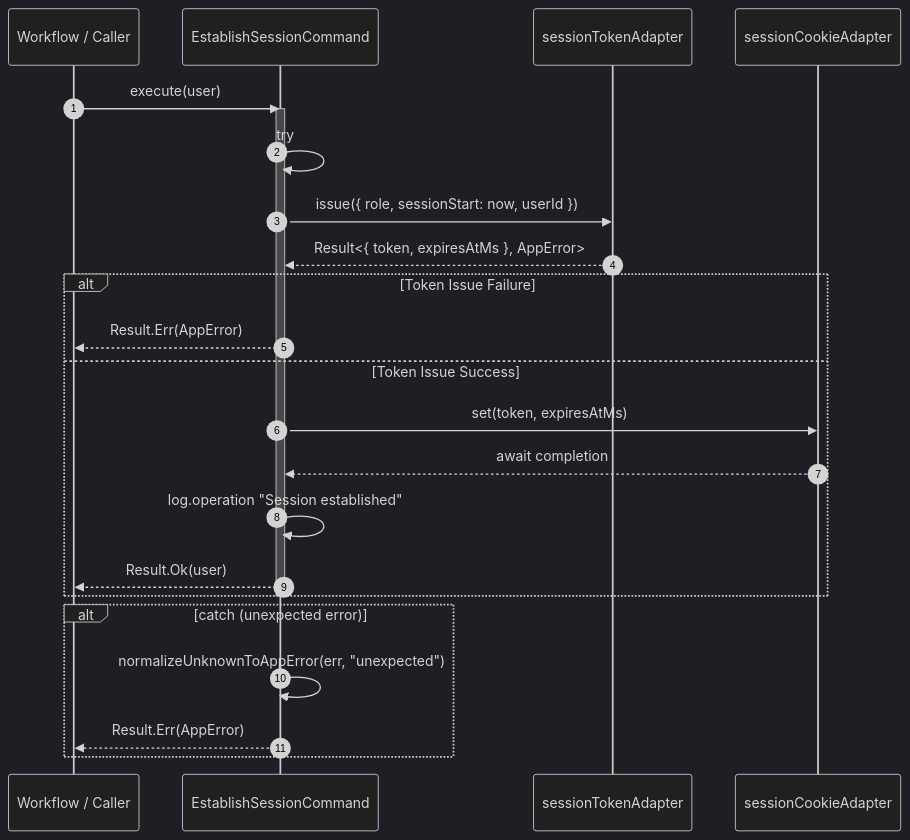
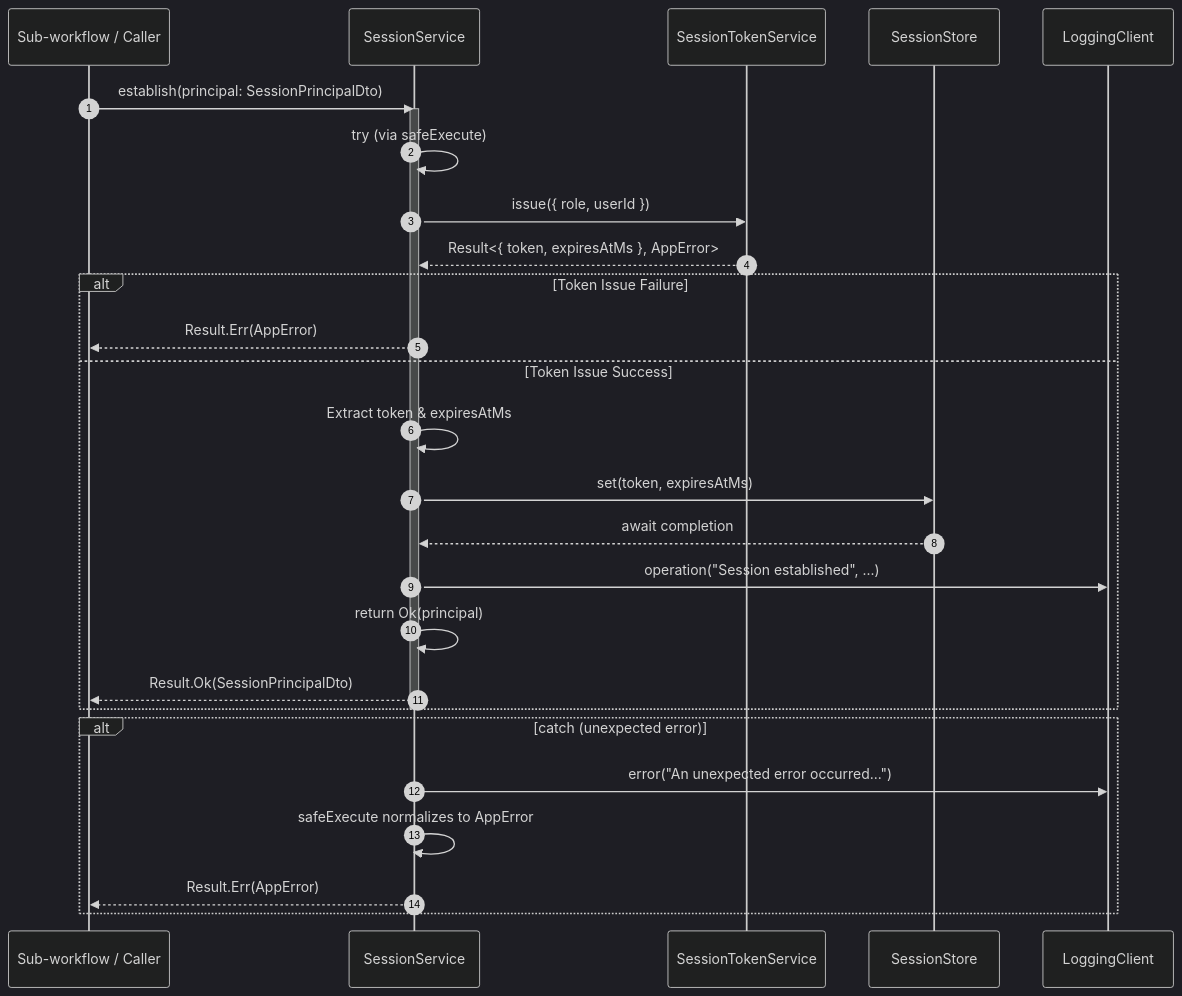
The fourth of 6 diagrams in src/modules/auth/notes/sequence-diagrams.md (andrewpetersondev/nextjs-dashboard), drawn with Mermaid (dark theme) before and after one commit. The commit also changed other lines of this file and 1 other file, not shown here.

Commit message:
docs: update flowcharts and sequence diagrams for login workflow and session establishment, enhancing clarity and anti-enumeration logic

````diff
--- a/src/modules/auth/notes/sequence-diagrams.md
+++ b/src/modules/auth/notes/sequence-diagrams.md
@@ -148,33 +157,37 @@
 ```mermaid
 sequenceDiagram
   autonumber
 
-  participant WF as Workflow / Caller
-  participant UC as EstablishSessionCommand
-  participant TS as sessionTokenAdapter
-  participant ST as sessionCookieAdapter
+  participant SUBWF as Sub-workflow / Caller
+  participant SS as SessionService
+  participant TS as SessionTokenService
+  participant STORE as SessionStore
+  participant LOG as LoggingClient
 
-  WF->>UC: execute(user)
-  activate UC
+  SUBWF->>SS: establish(principal: SessionPrincipalDto)
+  activate SS
 
-  UC->>UC: try
+  SS->>SS: try (via safeExecute)
 
-  UC->>TS: issue({ role, sessionStart: now, userId })
-  TS-->>UC: Result<{ token, expiresAtMs }, AppError>
+  SS->>TS: issue({ role, userId })
+  TS-->>SS: Result<{ token, expiresAtMs }, AppError>
 
   alt Token Issue Failure
-    UC-->>WF: Result.Err(AppError)
+    SS-->>SUBWF: Result.Err(AppError)
   else Token Issue Success
-    UC->>ST: set(token, expiresAtMs)
-    ST-->>UC: await completion
-    UC->>UC: log.operation "Session established"
-    UC-->>WF: Result.Ok(user)
+    SS->>SS: Extract token & expiresAtMs
+    SS->>STORE: set(token, expiresAtMs)
+    STORE-->>SS: await completion
+    SS->>LOG: operation("Session established", ...)
+    SS->>SS: return Ok(principal)
+    SS-->>SUBWF: Result.Ok(SessionPrincipalDto)
   end
 
-  deactivate UC
+  deactivate SS
 
   alt catch (unexpected error)
-    UC->>UC: normalizeUnknownToAppError(err, "unexpected")
-    UC-->>WF: Result.Err(AppError)
+    SS->>LOG: error("An unexpected error occurred...")
+    SS->>SS: safeExecute normalizes to AppError
+    SS-->>SUBWF: Result.Err(AppError)
   end
 ```
````
